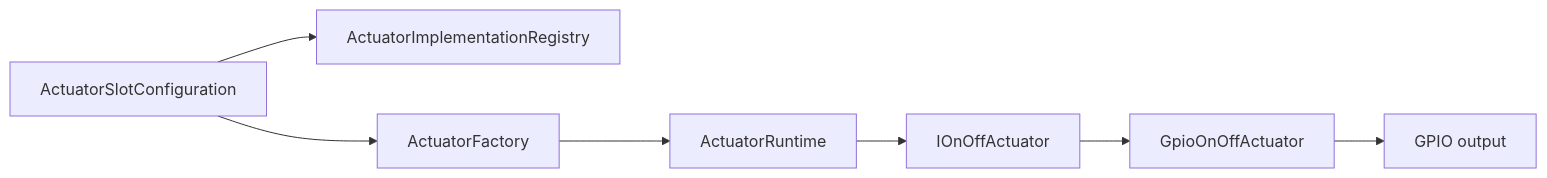
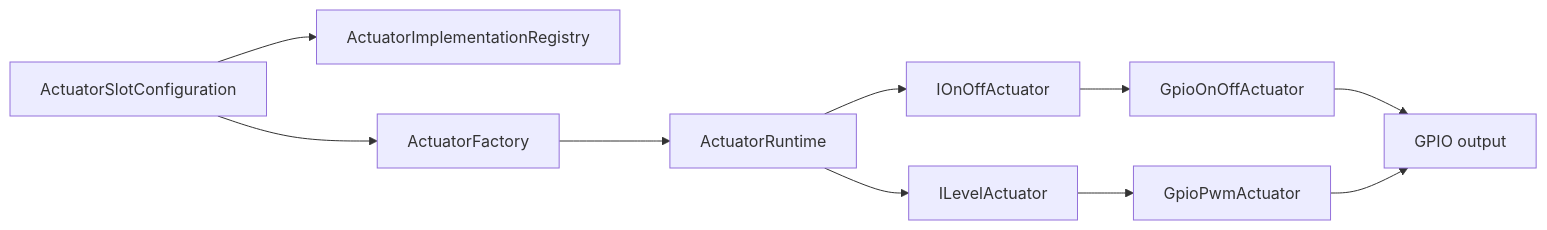
Before and after one commit to magicamun/EnvNode: the first of 2 diagrams in docs/ActuatorModel.md, drawn with Mermaid. The commit also changed other lines of this file and 29 other files, not shown here.

First line of the commit message:
feat(actuator): add level capability and PWM actuator

````diff
--- a/docs/ActuatorModel.md
+++ b/docs/ActuatorModel.md
@@ -16,9 +16,12 @@
 ```mermaid
 flowchart LR
     C[ActuatorSlotConfiguration] --> R[ActuatorImplementationRegistry]
     C --> F[ActuatorFactory]
     F --> RT[ActuatorRuntime]
-    RT --> I[IOnOffActuator]
-    I --> G[GpioOnOffActuator]
-    G --> P[GPIO output]
+    RT --> O[IOnOffActuator]
+    RT --> L[ILevelActuator]
+    O --> G[GpioOnOffActuator]
+    L --> P[GpioPwmActuator]
+    G --> H[GPIO output]
+    P --> H
 ```
````
